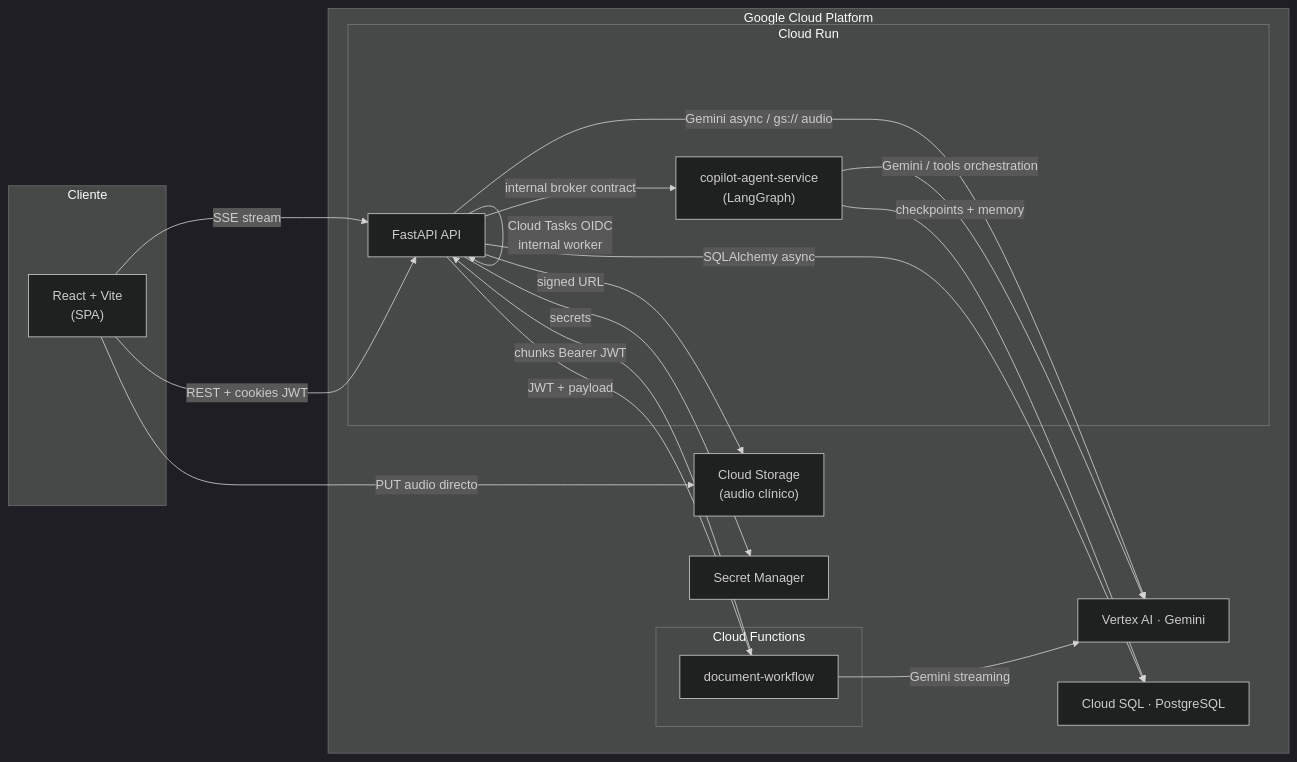
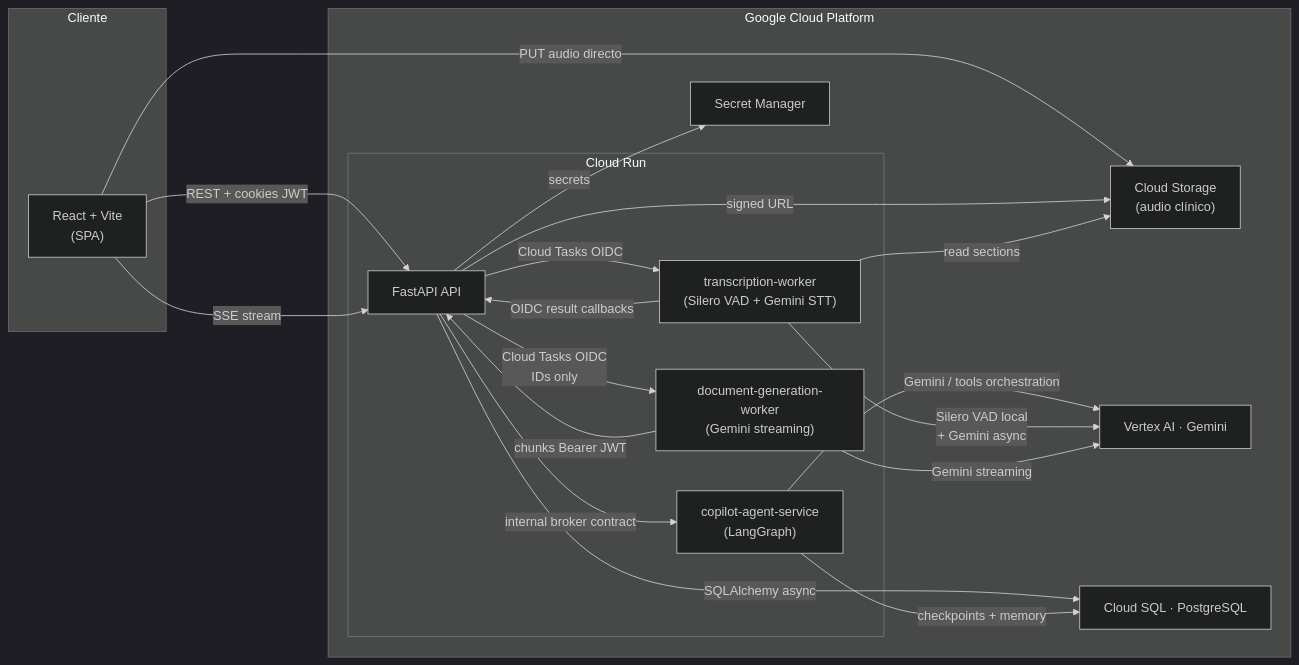
The first of 3 diagrams in docs/architecture/system-overview.md (Jmoreno844/medical-ai-webapp), drawn with Mermaid (dark theme) before and after one commit. The commit also changed other lines of this file and 99 other files, not shown here.

````diff
--- a/docs/architecture/system-overview.md
+++ b/docs/architecture/system-overview.md
@@ -10,39 +10,40 @@
 ```mermaid
 graph LR
     subgraph client ["Cliente"]
         Browser["React + Vite\n(SPA)"]
     end
 
     subgraph gcp ["Google Cloud Platform"]
         subgraph backend_run ["Cloud Run"]
             Backend["FastAPI API"]
+            Worker["transcription-worker\n(Silero VAD + Gemini STT)"]
+            DocWorker["document-generation-worker\n(Gemini streaming)"]
             Copilot["copilot-agent-service\n(LangGraph)"]
-        end
-        subgraph functions ["Cloud Functions"]
-            CF_Gen["document-workflow"]
         end
         GCS["Cloud Storage\n(audio clínico)"]
         Vertex["Vertex AI · Gemini"]
         PG["Cloud SQL · PostgreSQL"]
         SM["Secret Manager"]
     end
 
     Browser -->|"REST + cookies JWT"| Backend
     Browser -->|"PUT audio directo"| GCS
     Browser -->|"SSE stream"| Backend
 
     Backend -->|"SQLAlchemy async"| PG
     Backend -->|"signed URL"| GCS
-    Backend -->|"JWT + payload"| CF_Gen
+    Backend -->|"Cloud Tasks OIDC\nIDs only"| DocWorker
     Backend -->|"internal broker contract"| Copilot
     Backend -->|"secrets"| SM
 
     Copilot -->|"checkpoints + memory"| PG
     Copilot -->|"Gemini / tools orchestration"| Vertex
 
-    Backend -->|"Cloud Tasks OIDC\ninternal worker"| Backend
-    Backend -->|"Gemini async / gs:// audio"| Vertex
+    Backend -->|"Cloud Tasks OIDC"| Worker
+    Worker -->|"read sections"| GCS
+    Worker -->|"Silero VAD local\n+ Gemini async"| Vertex
+    Worker -->|"OIDC result callbacks"| Backend
 
-    CF_Gen -->|"Gemini streaming"| Vertex
-    CF_Gen -->|"chunks Bearer JWT"| Backend
+    DocWorker -->|"Gemini streaming"| Vertex
+    DocWorker -->|"chunks Bearer JWT"| Backend
 ```
````
